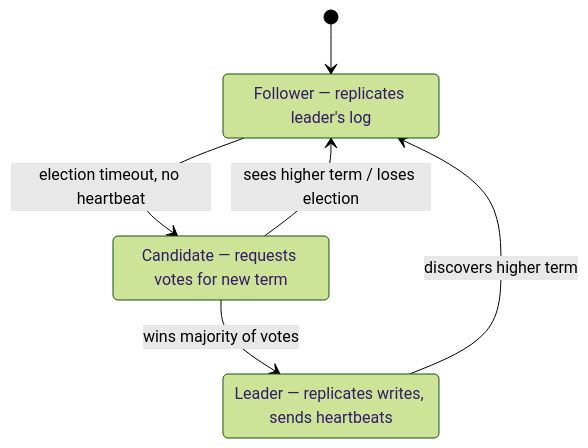
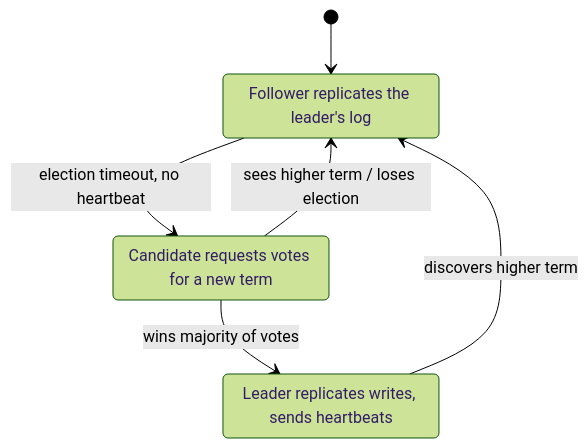
One commit to josuebrunel/josuebrunel.github.io changed the tenth of 22 diagrams in content/interview/interview-prep-databases-systems.md. Above: the diagram before and after it, drawn with Mermaid (forest theme). The commit also changed other lines of this file and 6 other files, not shown here.

````diff
--- a/content/interview/interview-prep-databases-systems.md
+++ b/content/interview/interview-prep-databases-systems.md
@@ -327,11 +616,11 @@
 ```mermaid
 stateDiagram-v2
     [*] --> Follower
     Follower --> Candidate: election timeout, no heartbeat
     Candidate --> Leader: wins majority of votes
     Candidate --> Follower: sees higher term / loses election
     Leader --> Follower: discovers higher term
-    Follower: Follower — replicates leader's log
-    Candidate: Candidate — requests votes for new term
-    Leader: Leader — replicates writes, sends heartbeats
+    Follower: Follower replicates the leader's log
+    Candidate: Candidate requests votes for a new term
+    Leader: Leader replicates writes, sends heartbeats
 ```
````
